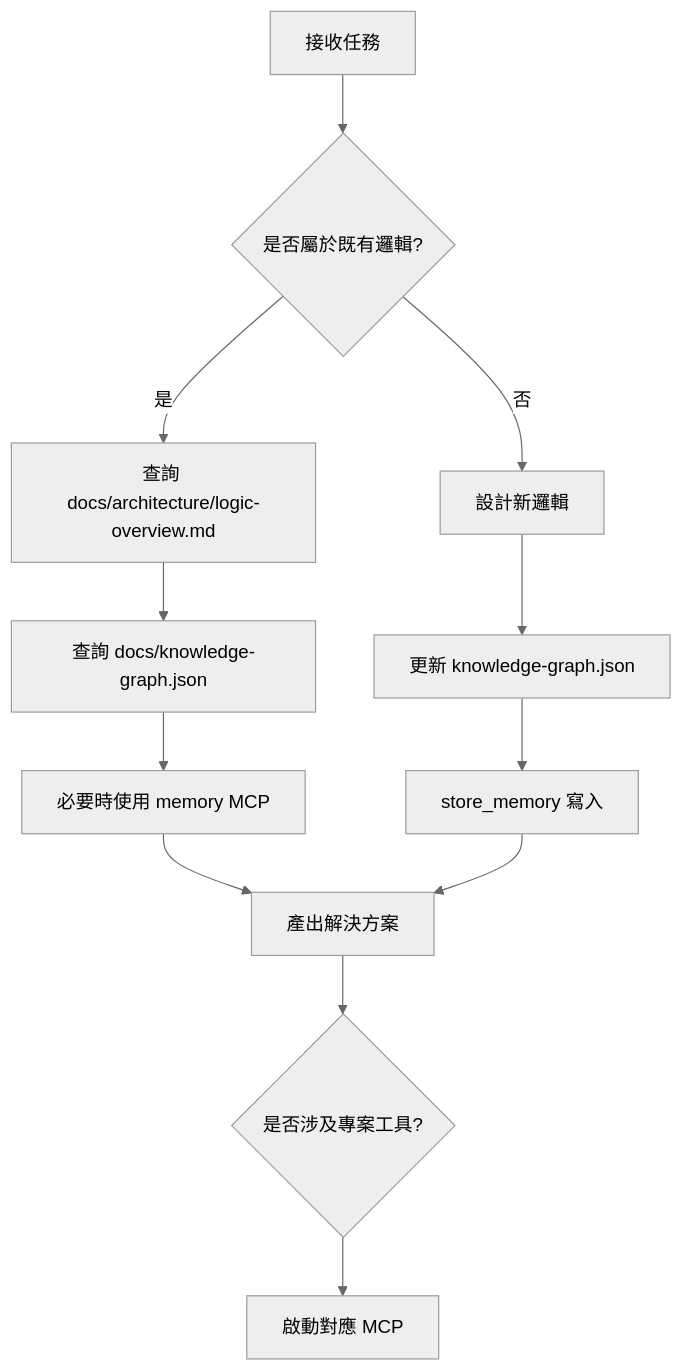
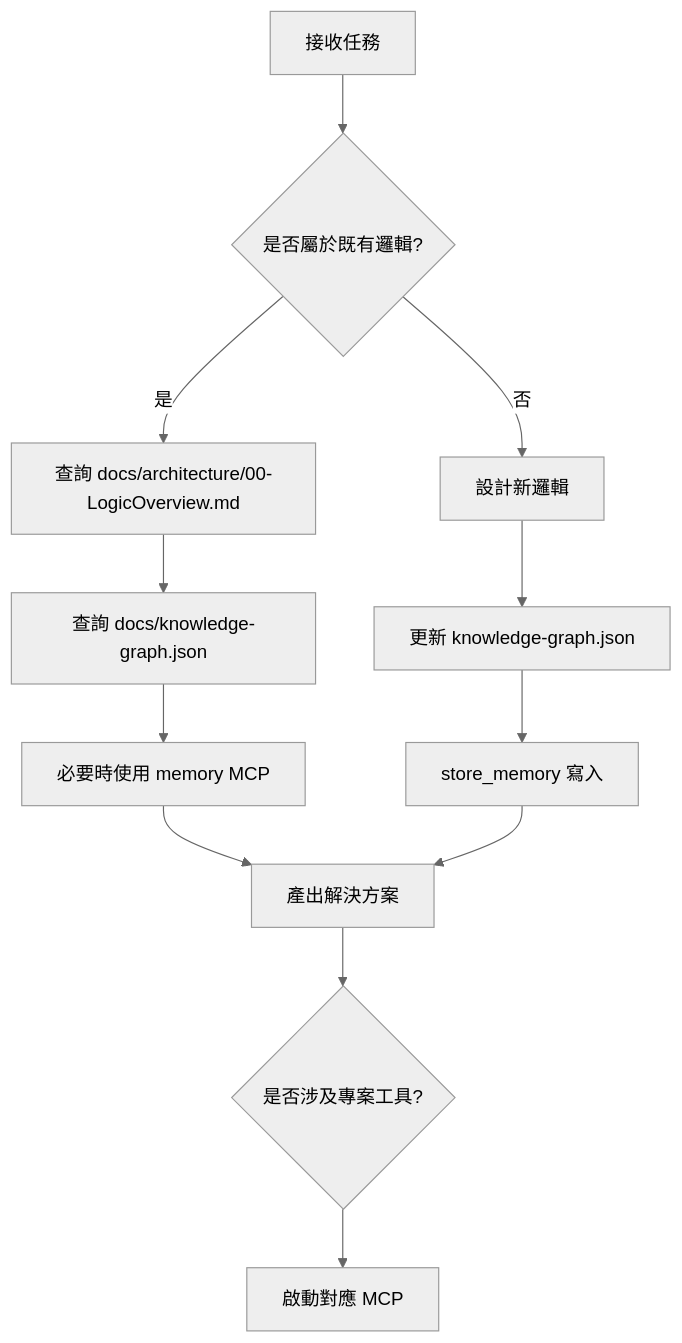
One commit to 7Spade/xuanwu changed the diagram in .github/copilot-instructions.md. Above: the diagram before and after it, drawn with Mermaid (neutral theme). The commit also changed other lines of this file and 63 other files, not shown here.

````diff
--- a/.github/copilot-instructions.md
+++ b/.github/copilot-instructions.md
@@ -41,18 +142,18 @@
 ```mermaid
 flowchart TD
 
 A[接收任務] --> B{是否屬於既有邏輯?}
 
-B -- 是 --> C[查詢 docs/architecture/logic-overview.md]
+B -- 是 --> C[查詢 docs/architecture/00-LogicOverview.md]
 C --> D[查詢 docs/knowledge-graph.json]
 D --> E[必要時使用 memory MCP]
 E --> F[產出解決方案]
 
 B -- 否 --> G[設計新邏輯]
 G --> H[更新 knowledge-graph.json]
 H --> I[store_memory 寫入]
 I --> F
 
 F --> J{是否涉及專案工具?}
 J --> K[啟動對應 MCP]
 ```
````
